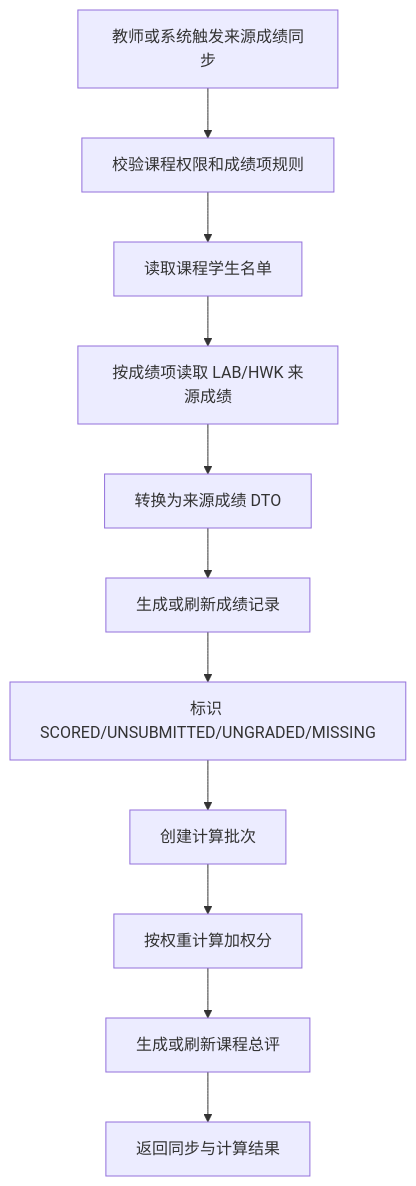
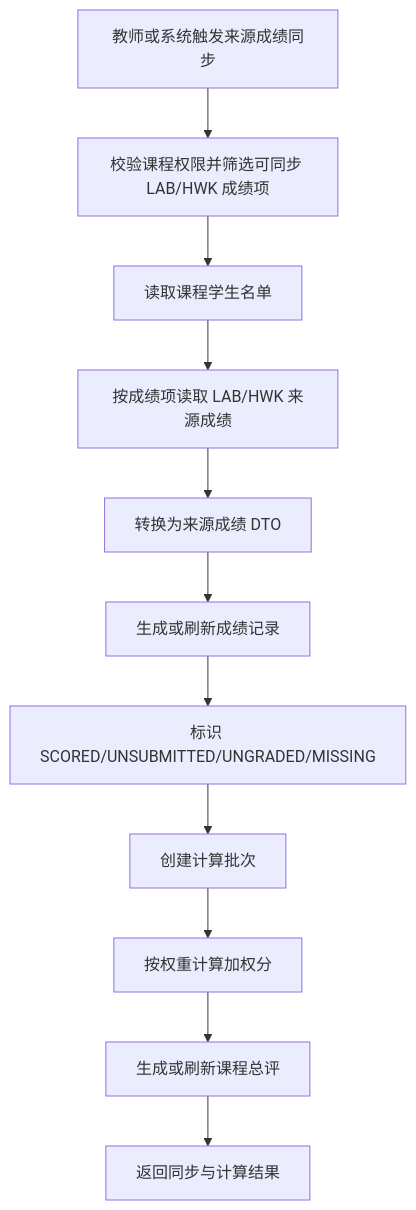
Before and after one commit to Cr4zyorange/OnlineJudge: diagram 48 of 53 in docs/最终提交/软件详细设计说明书.md, drawn with Mermaid. The commit also changed other lines of this file and 6 other files, not shown here.

````diff
--- a/docs/最终提交/软件详细设计说明书.md
+++ b/docs/最终提交/软件详细设计说明书.md
@@ -4940,13 +4940,13 @@
 ```mermaid
 flowchart TD
-    A[教师或系统触发来源成绩同步] --> B[校验课程权限和成绩项规则]
+    A[教师或系统触发来源成绩同步] --> B[校验课程权限并筛选可同步 LAB/HWK 成绩项]
     B --> C[读取课程学生名单]
     C --> D[按成绩项读取 LAB/HWK 来源成绩]
     D --> E[转换为来源成绩 DTO]
     E --> F[生成或刷新成绩记录]
     F --> G[标识 SCORED/UNSUBMITTED/UNGRADED/MISSING]
     G --> H[创建计算批次]
     H --> I[按权重计算加权分]
     I --> J[生成或刷新课程总评]
     J --> K[返回同步与计算结果]
 ```
````
